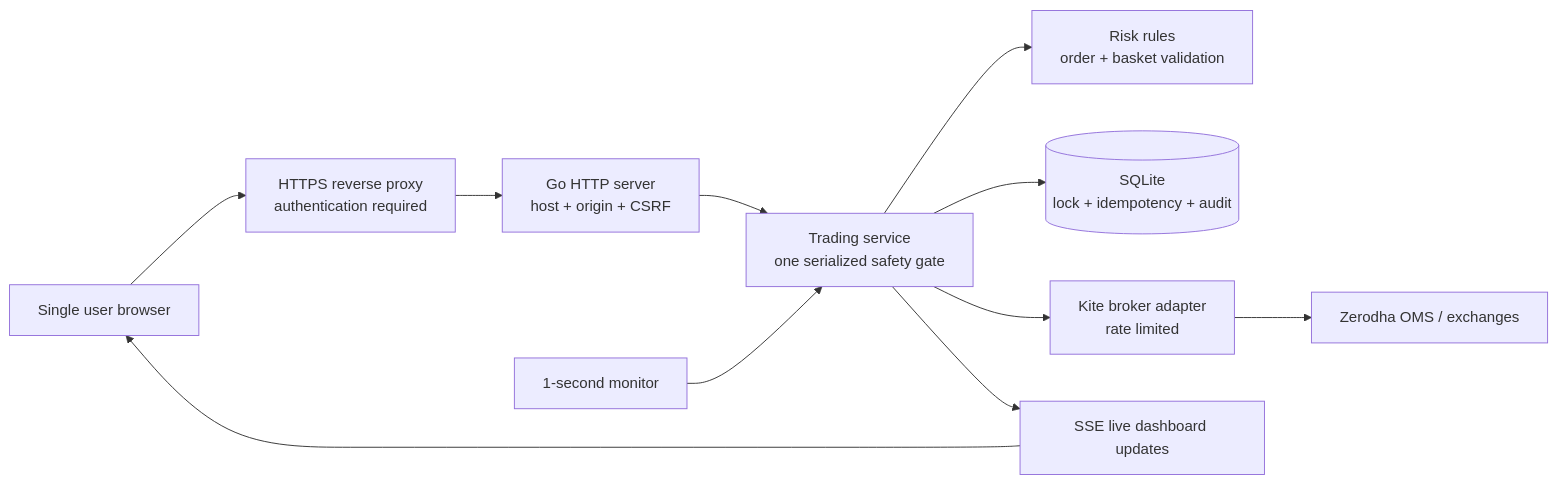
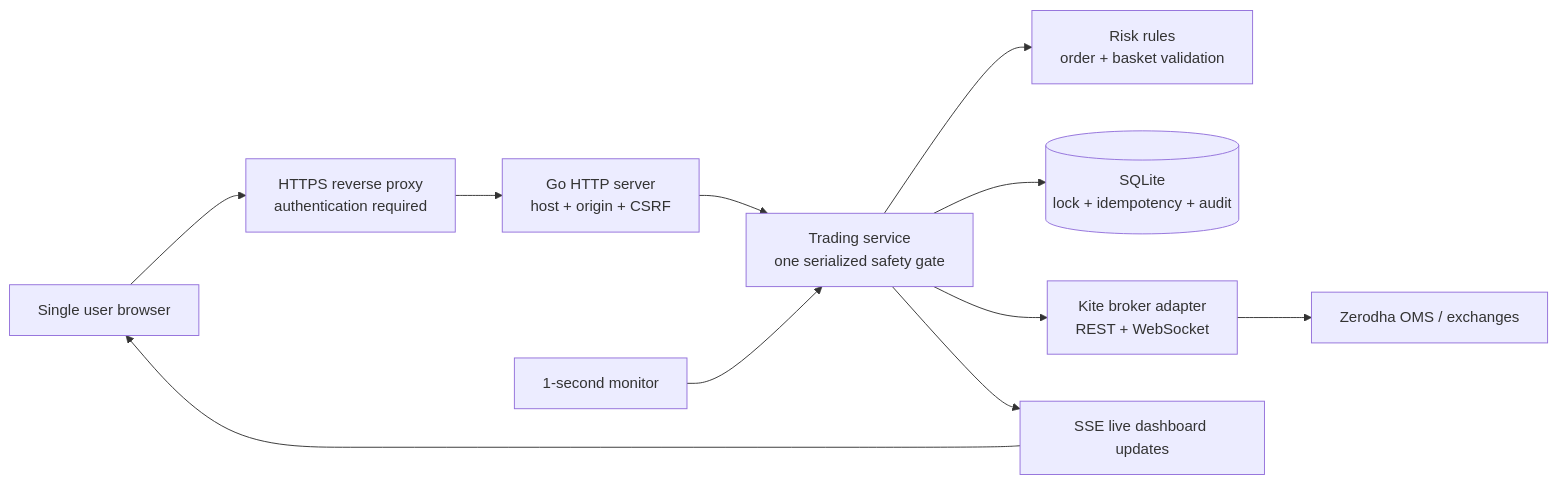
The first of 5 diagrams in PRODUCT.md (100xRahul/tradeguardian-zerodha-fno-discipline), drawn with Mermaid before and after one commit. The commit also changed other lines of this file and 22 other files, not shown here.

````diff
--- a/PRODUCT.md
+++ b/PRODUCT.md
@@ -13,13 +13,13 @@
 ```mermaid
 flowchart LR
     U["Single user browser"] --> P["HTTPS reverse proxy<br/>authentication required"]
     P --> H["Go HTTP server<br/>host + origin + CSRF"]
     H --> S["Trading service<br/>one serialized safety gate"]
     S --> R["Risk rules<br/>order + basket validation"]
     S --> D[("SQLite<br/>lock + idempotency + audit")]
-    S --> K["Kite broker adapter<br/>rate limited"]
+    S --> K["Kite broker adapter<br/>REST + WebSocket"]
     K --> Z["Zerodha OMS / exchanges"]
     M["1-second monitor"] --> S
     S --> E["SSE live dashboard updates"]
     E --> U
 ```
````
